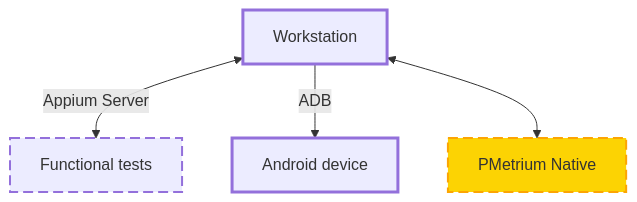
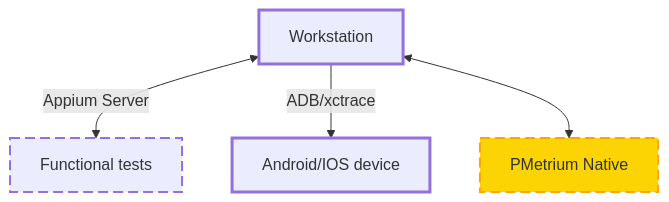
One commit to gr8-toolkit/PMetriumNative changed the diagram in docs/docs/tools/pmetrium-native/architecture/03-development/00-workstation.md. Above: the diagram before and after it, drawn with Mermaid. The commit also changed other lines of this file and 31 other files, not shown here.

````diff
--- a/docs/docs/tools/pmetrium-native/architecture/03-development/00-workstation.md
+++ b/docs/docs/tools/pmetrium-native/architecture/03-development/00-workstation.md
@@ -6,10 +6,10 @@
 ```mermaid
     flowchart TD
     id0[Workstation]:::separateNodeStyle <--> |Appium Server| id1[Functional tests]:::separateNodeStyle
-    id0 --> |ADB| id2[Android device]:::separateNodeStyle
+    id0 --> |ADB/xctrace| id2[Android/IOS device]:::separateNodeStyle
     id0 <--> id3[PMetrium Native]:::separateNodeStyle
 
     style id1 stroke-dasharray: 10 5, stroke-width:2px
     style id3 fill:#fcd303, stroke:#fca503, stroke-dasharray: 10 5, stroke-width:2px
     classDef separateNodeStyle stroke-width:3px;
 ```
````
